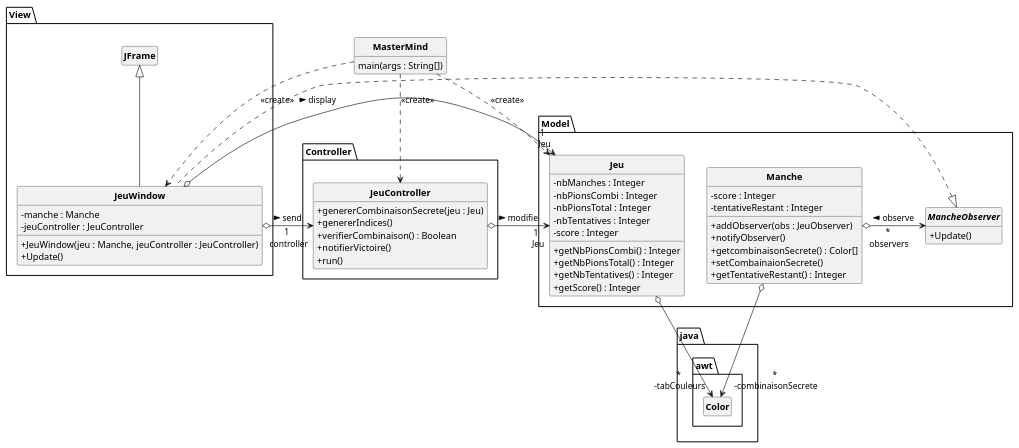
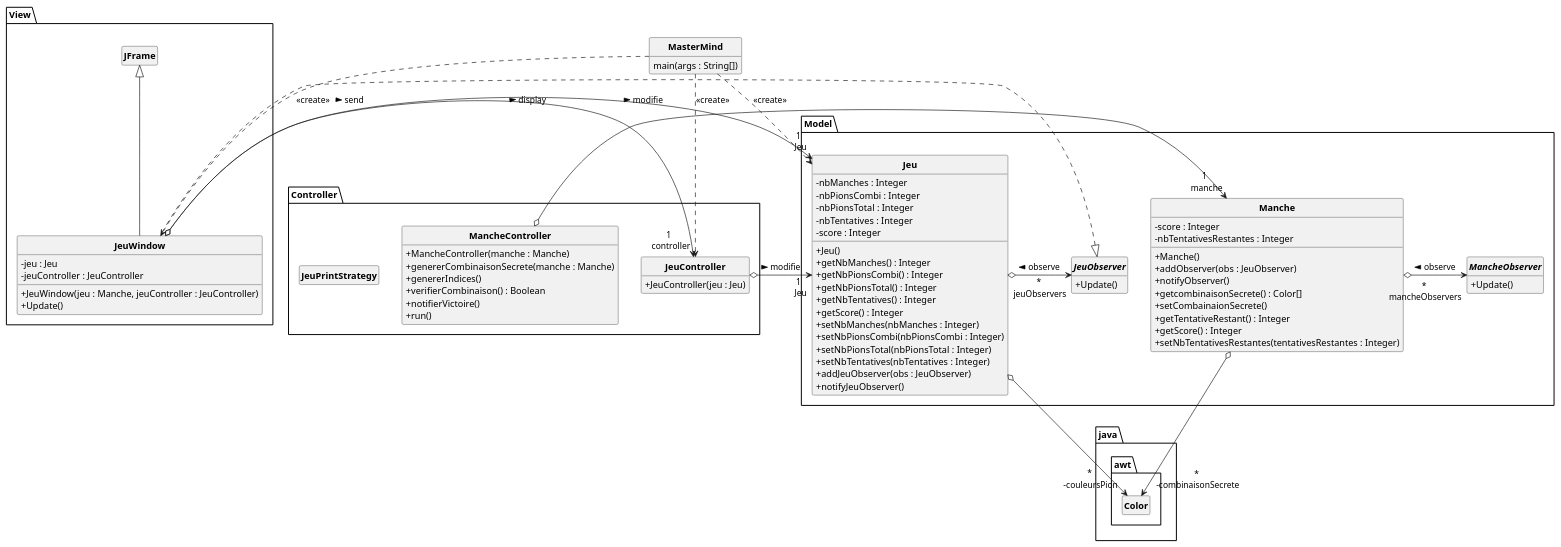
The diagram in Mastermind/src/Mastermind.puml (aymkoub/Mastermind), drawn with PlantUML before and after one commit. The commit also changed other lines of this file and 5 other files, not shown here.

Commit message:
3e séance - Suite de la conception : Ajout d'un 2e Observer + préparation des stratégies + différents Controller

```diff
--- a/Mastermind/src/Mastermind.puml
+++ b/Mastermind/src/Mastermind.puml
@@ -1,73 +1,96 @@
 @startuml
 'https://plantuml.com/class-diagram
 
 skinparam classAttributeIconSize 0
 skinparam classFontStyle Bold
 skinparam style strictuml
 hide empty members
 
 package Controller{
-    class JeuController{
-        + genererCombinaisonSecrete(jeu : Jeu)
+    class MancheController{
+        + MancheController(manche : Manche)
+        + genererCombinaisonSecrete(manche : Manche)
         + genererIndices()
         + verifierCombinaison() : Boolean
         + notifierVictoire()
         + run()
     }
+
+    class JeuController{
+        + JeuController(jeu : Jeu)
+    }
+
+    class JeuPrintStrategy
 }
 
 package java.awt{
     class Color
 }
 
 package Model{
     class Jeu{
         - nbManches : Integer
         - nbPionsCombi : Integer
         - nbPionsTotal : Integer
         - nbTentatives : Integer
         - score : Integer
+        + Jeu()
+        + getNbManches() : Integer
         + getNbPionsCombi() : Integer
         + getNbPionsTotal() : Integer
         + getNbTentatives() : Integer
         + getScore() : Integer
+        + setNbManches(nbManches : Integer)
+        + setNbPionsCombi(nbPionsCombi : Integer)
+        + setNbPionsTotal(nbPionsTotal : Integer)
+        + setNbTentatives(nbTentatives : Integer)
+        + addJeuObserver(obs : JeuObserver)
+        + notifyJeuObserver()
     }
     '''Jeu o--> "*\n-manches"Manche
     class Manche {
         - score : Integer
-        - tentativeRestant : Integer
+        - nbTentativesRestantes : Integer
+        + Manche()
         + addObserver(obs : JeuObserver)
         + notifyObserver()
         + getcombinaisonSecrete() : Color[]
         + setCombainaionSecrete()
         + getTentativeRestant() : Integer
+        + getScore() : Integer
+        + setNbTentativesRestantes(tentativesRestantes : Integer)
     }
 
-    Jeu o-d->"*\n -tabCouleurs" Color
+    Jeu o-d->"*\n -couleursPion" Color
     Manche o-d->"*\n -combinaisonSecrete" Color
 
+    interface JeuObserver{
+        + Update()
+    }
     interface MancheObserver{
        + Update()
     }
 }
 package View{
-    class JeuWindow extends JFrame implements Model.MancheObserver{
-        - manche : Manche
+    class JeuWindow extends JFrame implements Model.JeuObserver{
+        - jeu : Jeu
         - jeuController : JeuController
         + JeuWindow(jeu : Manche, jeuController : JeuController)
         + Update()
 
     }
 }
 class MasterMind
 {
     main(args : String[])
 }
 View.JeuWindow o-> "1 \n controller"Controller.JeuController : > send
 View.JeuWindow o->"1 \n Jeu" Model.Jeu : > display
 MasterMind ..> View.JeuWindow : <<create>>
 MasterMind ..> Controller.JeuController : <<create>>
 MasterMind ..> Model.Jeu : <<create>>
-Model.Manche "*\n observers" o-> Model.MancheObserver : < observe
+Model.Jeu "*\n jeuObservers" o-> Model.JeuObserver : < observe
+Model.Manche "*\n mancheObservers" o-> Model.MancheObserver : < observe
 Controller.JeuController o->"1 \n Jeu" Model.Jeu : > modifie
+Controller.MancheController o->"1 \n manche" Model.Manche : > modifie
 @enduml
```
